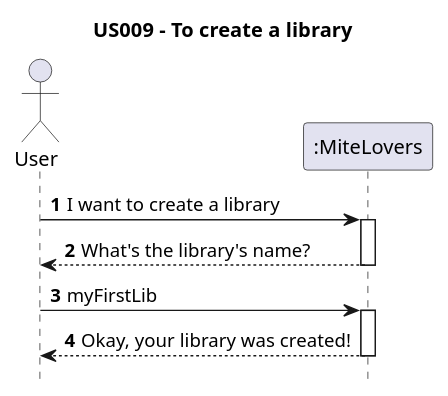
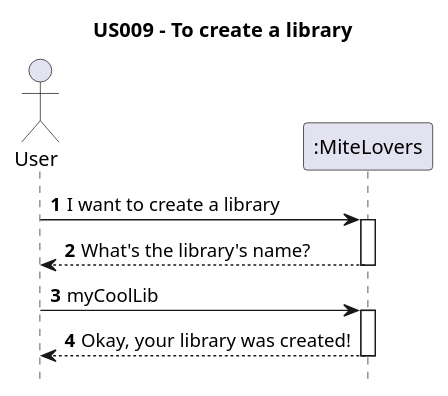
One commit to AndrePereiraGitH/SWitCH-Project-Team_A changed the diagram in Diagrams/SequenceDiagrams/N1/US009-to-create-a-library.puml. Above: the diagram before and after it, drawn with PlantUML. The commit also changed 14 other files, not shown here.

Commit message:
Working on #124, #125, #126, #127, #128. Corrected small mistakes in diagrams, created controller classes for controllers (and their tests) in US008 and US010, updated tests for City, CityRepo and Publication(@inesgiesteira)

```diff
--- a/Diagrams/SequenceDiagrams/N1/US009-to-create-a-library.puml
+++ b/Diagrams/SequenceDiagrams/N1/US009-to-create-a-library.puml
@@ -1,23 +1,23 @@
 @startuml
 hide footbox
 autonumber
 title US009 - To create a library
 
 
 actor User
 participant ":MiteLovers" as UI
 
 
 ' Interactions
 User -> UI : I want to create a library
 activate UI
 UI --> User : What's the library's name?
 deactivate UI
-User -> UI : myFirstLib
+User -> UI : myCoolLib
 activate UI
 UI --> User : Okay, your library was created!
 deactivate UI
 
 
 
 @enduml
```
